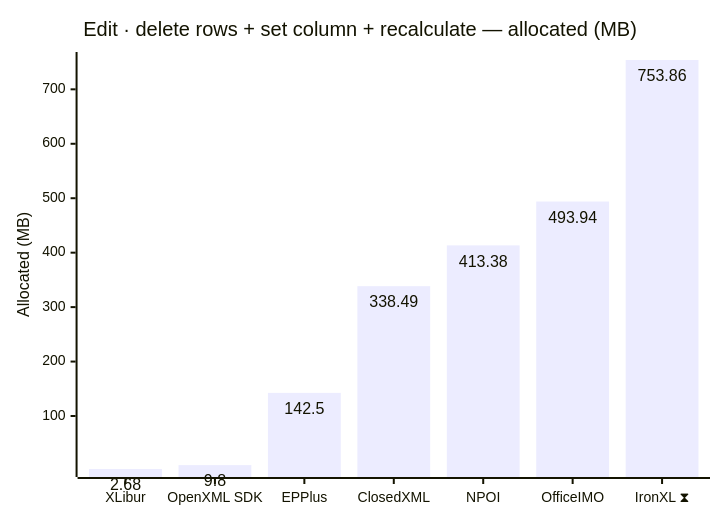
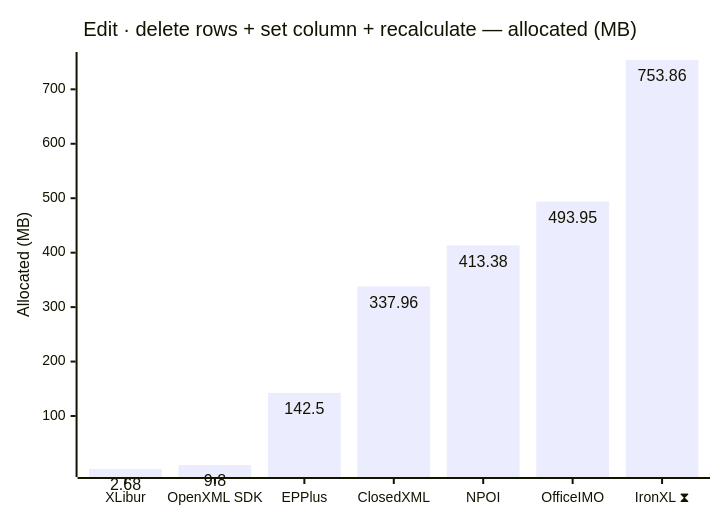
One commit to jafin/XLBench changed diagram 12 of 18 in docs/results-ci.md. Above: the diagram before and after it, drawn with Mermaid. The commit also changed other lines of this file, not shown here.

````diff
--- a/docs/results-ci.md
+++ b/docs/results-ci.md
@@ -186,12 +186,12 @@
 ```mermaid
 ---
 config:
   xyChart:
     showDataLabel: true
 ---
 xychart-beta
     title "Edit · delete rows + set column + recalculate — allocated (MB)"
     x-axis ["XLibur", "OpenXML SDK", "EPPlus", "ClosedXML", "NPOI", "OfficeIMO", "IronXL ⧗"]
     y-axis "Allocated (MB)"
-    bar [2.68, 9.8, 142.5, 338.49, 413.38, 493.94, 753.86]
+    bar [2.68, 9.8, 142.5, 337.96, 413.38, 493.95, 753.86]
 ```
````
